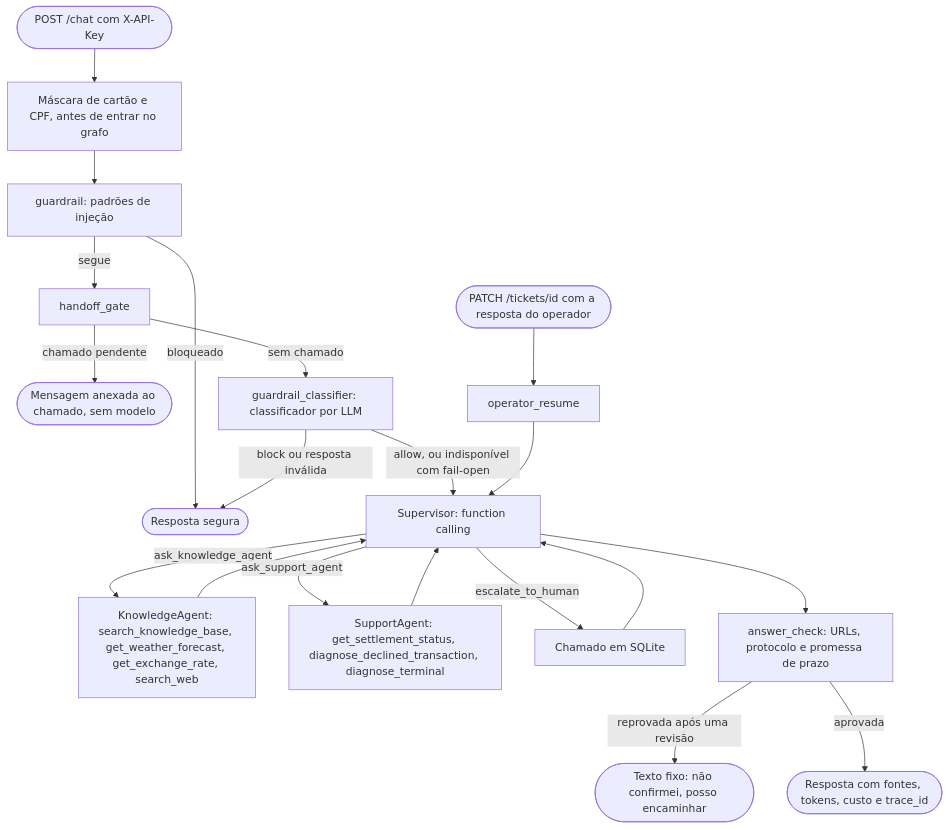
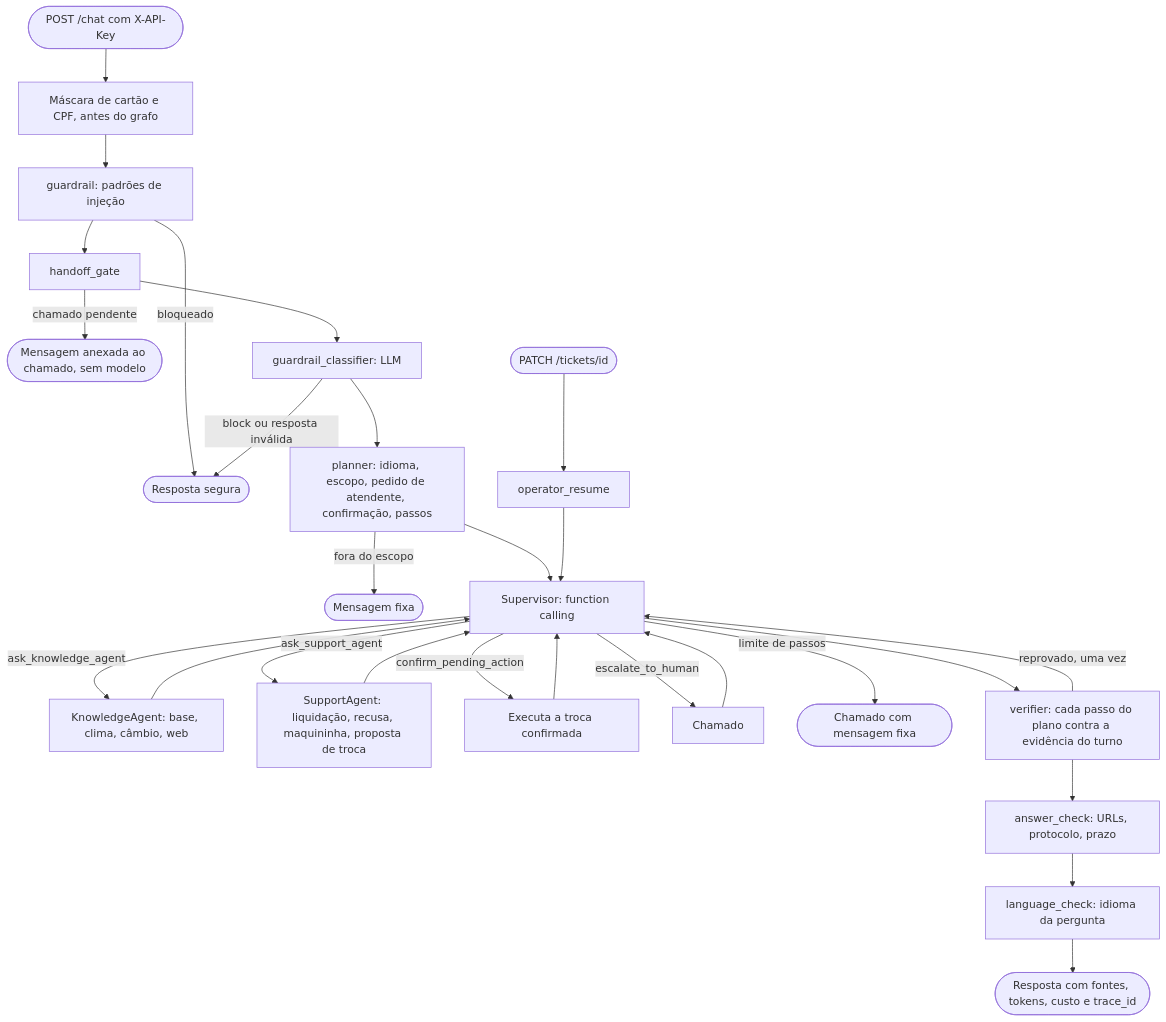
Before and after one commit to Burbanos/getnet-multiagent-support: the diagram in README.md, drawn with Mermaid. The commit also changed other lines of this file and 16 other files, not shown here.

````diff
--- a/README.md
+++ b/README.md
@@ -9,22 +9,28 @@
 ```mermaid
 flowchart TD
-    Start([POST /chat com X-API-Key]) --> Mask[Máscara de cartão e CPF, antes de entrar no grafo]
+    Start([POST /chat com X-API-Key]) --> Mask[Máscara de cartão e CPF, antes do grafo]
     Mask --> Guardrail[guardrail: padrões de injeção]
     Guardrail -->|bloqueado| Refusal([Resposta segura])
-    Guardrail -->|segue| Gate[handoff_gate]
+    Guardrail --> Gate[handoff_gate]
     Gate -->|chamado pendente| Pending([Mensagem anexada ao chamado, sem modelo])
-    Gate -->|sem chamado| Classifier[guardrail_classifier: classificador por LLM]
+    Gate --> Classifier[guardrail_classifier: LLM]
     Classifier -->|block ou resposta inválida| Refusal
-    Classifier -->|allow, ou indisponível com fail-open| Supervisor[Supervisor: function calling]
-    Supervisor -->|ask_knowledge_agent| Knowledge[KnowledgeAgent: search_knowledge_base, get_weather_forecast, get_exchange_rate, search_web]
-    Supervisor -->|ask_support_agent| Support[SupportAgent: get_settlement_status, diagnose_declined_transaction, diagnose_terminal]
-    Supervisor -->|escalate_to_human| Ticket[Chamado em SQLite]
+    Classifier --> Planner[planner: idioma, escopo, pedido de atendente, confirmação, passos]
+    Planner -->|fora do escopo| OutOfScope([Mensagem fixa])
+    Planner --> Supervisor[Supervisor: function calling]
+    Supervisor -->|ask_knowledge_agent| Knowledge[KnowledgeAgent: base, clima, câmbio, web]
+    Supervisor -->|ask_support_agent| Support[SupportAgent: liquidação, recusa, maquininha, proposta de troca]
+    Supervisor -->|confirm_pending_action| Confirm[Executa a troca confirmada]
+    Supervisor -->|escalate_to_human| Ticket[Chamado]
     Knowledge --> Supervisor
     Support --> Supervisor
+    Confirm --> Supervisor
     Ticket --> Supervisor
-    Supervisor --> Check[answer_check: URLs, protocolo e promessa de prazo]
-    Check -->|reprovada após uma revisão| Fallback([Texto fixo: não confirmei, posso encaminhar])
-    Check -->|aprovada| End([Resposta com fontes, tokens, custo e trace_id])
-    Operator([PATCH /tickets/id com a resposta do operador]) --> Resume[operator_resume]
-    Resume --> Supervisor
+    Supervisor -->|limite de passos| Forced([Chamado com mensagem fixa])
+    Supervisor --> Verifier[verifier: cada passo do plano contra a evidência do turno]
+    Verifier -->|reprovado, uma vez| Supervisor
+    Verifier --> Check[answer_check: URLs, protocolo, prazo]
+    Check --> Lang[language_check: idioma da pergunta]
+    Lang --> End([Resposta com fontes, tokens, custo e trace_id])
+    Operator([PATCH /tickets/id]) --> Resume[operator_resume] --> Supervisor
 ```
````
